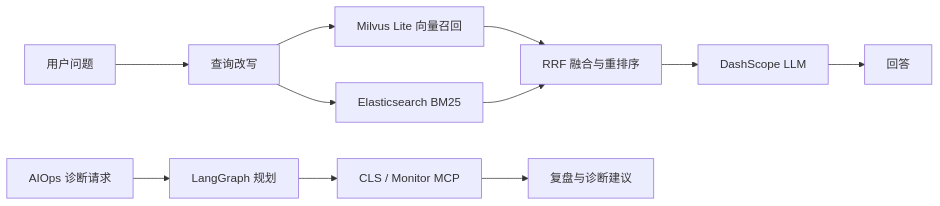
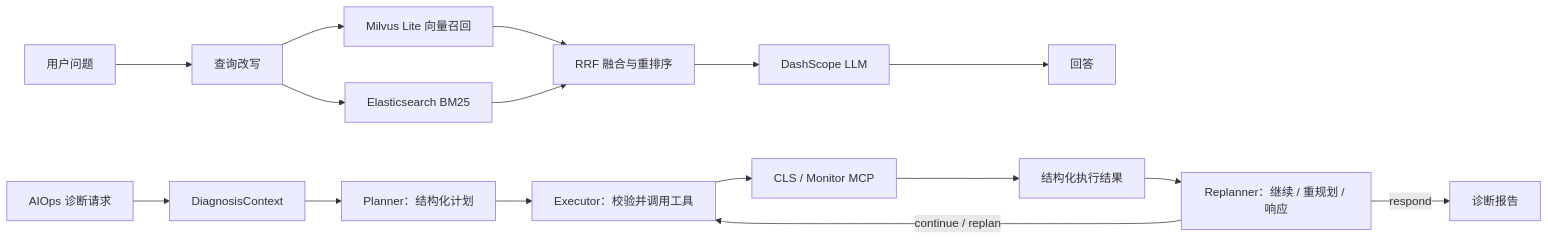
One commit to daigo616-zjl/SuperOpsAgent changed the diagram in README.md. Above: the diagram before and after it, drawn with Mermaid. The commit also changed other lines of this file and 19 other files, not shown here.

````diff
--- a/README.md
+++ b/README.md
@@ -22,14 +23,19 @@
 ```mermaid
 flowchart LR
     U["用户问题"] --> Q["查询改写"]
     Q --> V["Milvus Lite 向量召回"]
     Q --> E["Elasticsearch BM25"]
     V --> F["RRF 融合与重排序"]
     E --> F
     F --> L["DashScope LLM"]
     L --> A["回答"]
 
-    O["AIOps 诊断请求"] --> P["LangGraph 规划"]
-    P --> M["CLS / Monitor MCP"]
-    M --> R["复盘与诊断建议"]
+    O["AIOps 诊断请求"] --> C["DiagnosisContext"]
+    C --> P["Planner：结构化计划"]
+    P --> X["Executor：校验并调用工具"]
+    X --> M["CLS / Monitor MCP"]
+    M --> S["结构化执行结果"]
+    S --> R["Replanner：继续 / 重规划 / 响应"]
+    R -->|continue / replan| X
+    R -->|respond| A2["诊断报告"]
 ```
````
